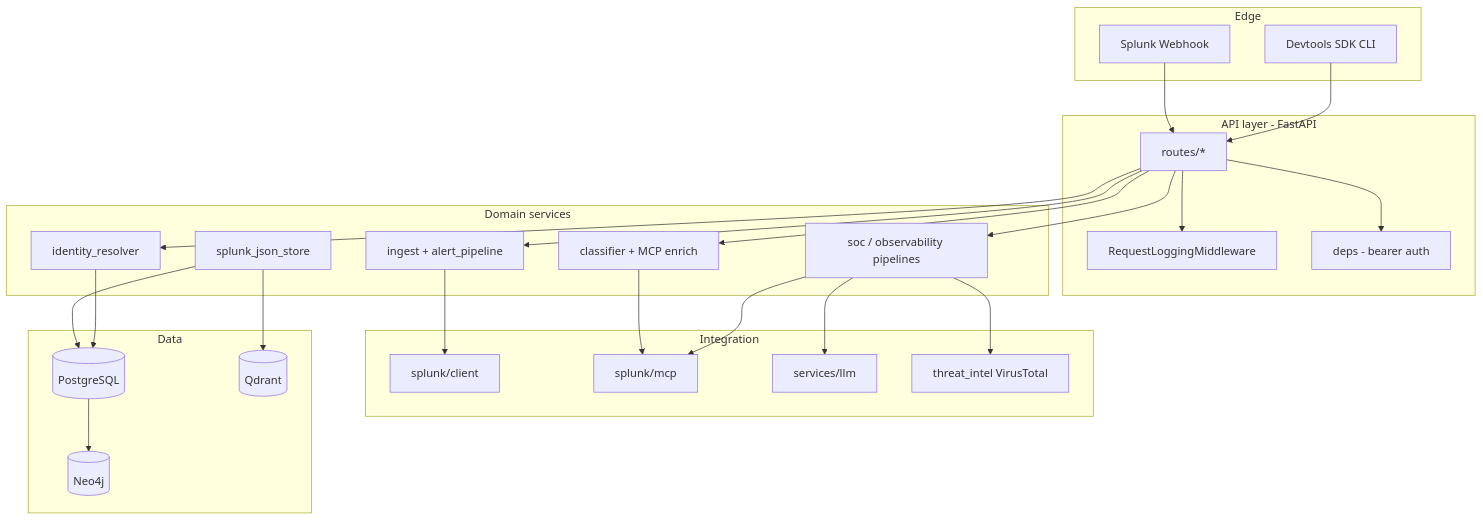
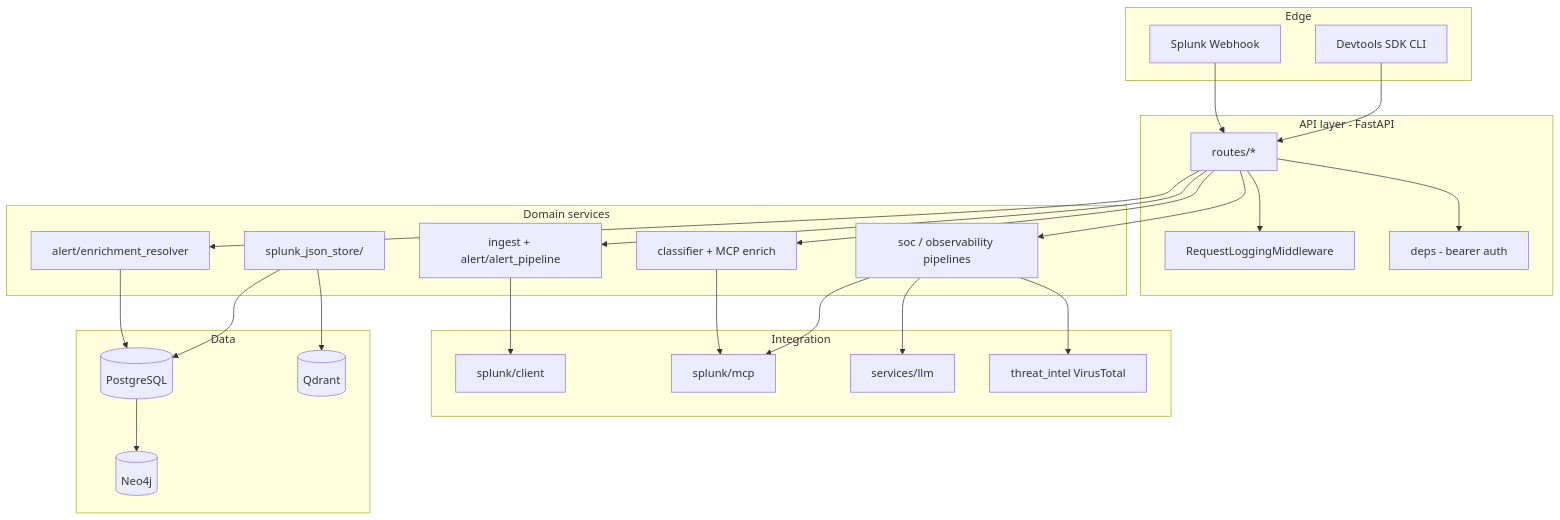
The first of 2 diagrams in docs/03-architecture.md (Sepideh-Asadollahi/ThinkingSOC-splunk-hackathon), drawn with Mermaid before and after one commit. The commit also changed other lines of this file and 55 other files, not shown here.

````diff
--- a/docs/03-architecture.md
+++ b/docs/03-architecture.md
@@ -9,52 +9,52 @@
 ```mermaid
 flowchart TB
   subgraph edge [Edge]
     WH[Splunk Webhook]
     SDK[Devtools SDK CLI]
   end
 
   subgraph api [API layer - FastAPI]
     R[routes/*]
     MW[RequestLoggingMiddleware]
     DEP[deps - bearer auth]
   end
 
   subgraph domain [Domain services]
-    ING[ingest + alert_pipeline]
-    ID[identity_resolver]
+    ING[ingest + alert/alert_pipeline]
+    ENR[alert/enrichment_resolver]
     CLS[classifier + MCP enrich]
     PIP[soc / observability pipelines]
-    STO[splunk_json_store]
+    STO[splunk_json_store/]
   end
 
   subgraph integration [Integration]
     REST[splunk/client]
     MCP[splunk/mcp]
     LLM[services/llm]
     VT[threat_intel VirusTotal]
   end
 
   subgraph data [Data]
     PG[(PostgreSQL)]
     QD[(Qdrant)]
     N4[(Neo4j)]
   end
 
   WH --> R
   SDK --> R
   R --> MW
   R --> DEP
   R --> ING
-  R --> ID
+  R --> ENR
   R --> CLS
   R --> PIP
   ING --> REST
+  ENR --> PG
   CLS --> MCP
   PIP --> LLM
   PIP --> MCP
   STO --> PG
   STO --> QD
-  ID --> PG
   PIP --> VT
   PG --> N4
 ```
````
